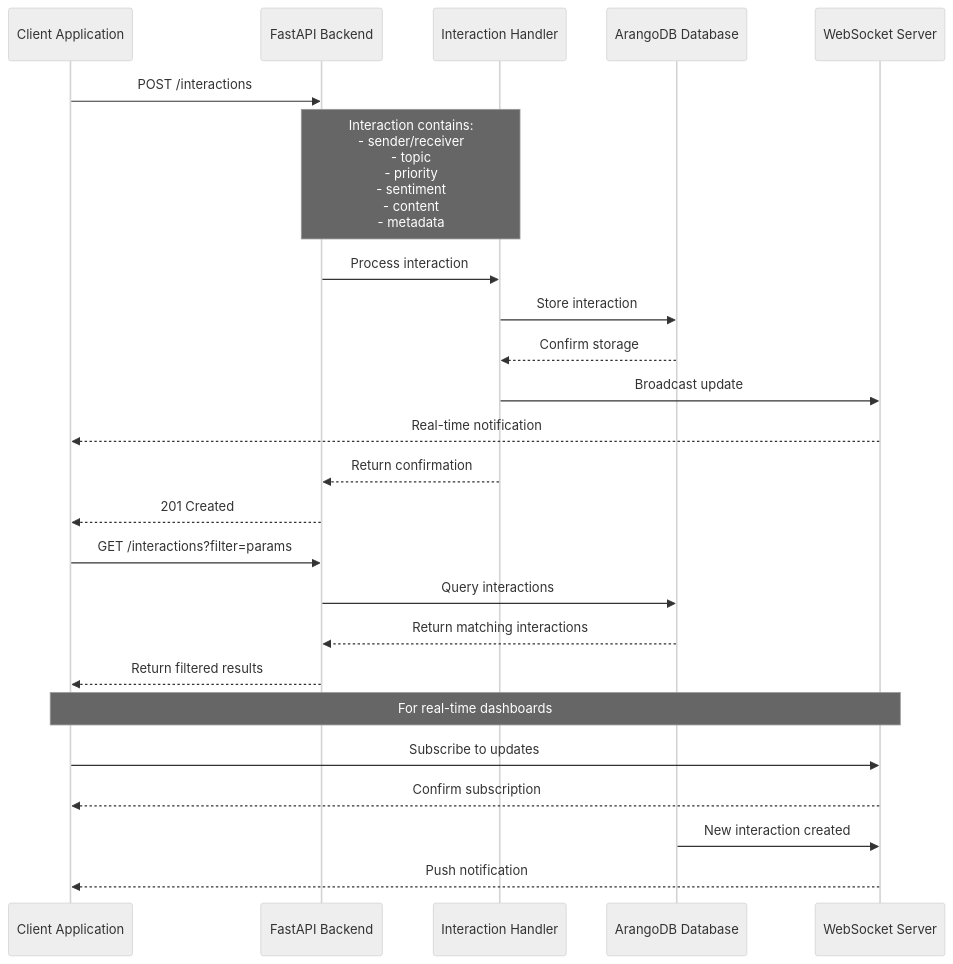
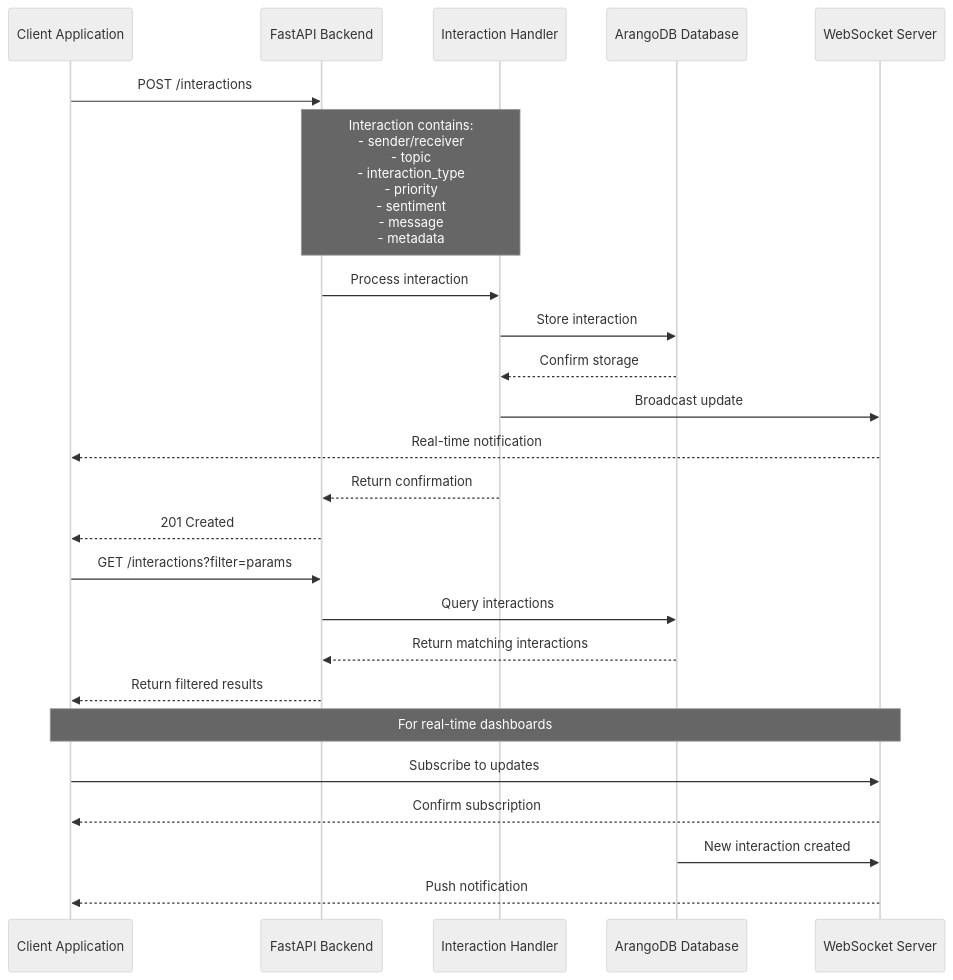
The third of 7 diagrams in README.md (JtPerez-Acle/NeuroSpark), drawn with Mermaid (neutral theme) before and after one commit. The commit also changed other lines of this file and 14 other files, not shown here.

````diff
--- a/README.md
+++ b/README.md
@@ -115,30 +204,30 @@
 ```mermaid
 sequenceDiagram
     participant Client as Client Application
     participant API as FastAPI Backend
     participant Handler as Interaction Handler
     participant DB as ArangoDB Database
     participant WS as WebSocket Server
     
     Client->>API: POST /interactions
-    Note over API,Handler: Interaction contains:<br>- sender/receiver<br>- topic<br>- priority<br>- sentiment<br>- content<br>- metadata
+    Note over API,Handler: Interaction contains:<br>- sender/receiver<br>- topic<br>- interaction_type<br>- priority<br>- sentiment<br>- message<br>- metadata
     
     API->>Handler: Process interaction
     Handler->>DB: Store interaction
     DB-->>Handler: Confirm storage
     Handler->>WS: Broadcast update
     WS-->>Client: Real-time notification
     Handler-->>API: Return confirmation
     API-->>Client: 201 Created
     
     Client->>API: GET /interactions?filter=params
     API->>DB: Query interactions
     DB-->>API: Return matching interactions
     API-->>Client: Return filtered results
     
     Note over Client,WS: For real-time dashboards
     Client->>WS: Subscribe to updates
     WS-->>Client: Confirm subscription
     DB->>WS: New interaction created
     WS-->>Client: Push notification
 ```
````
